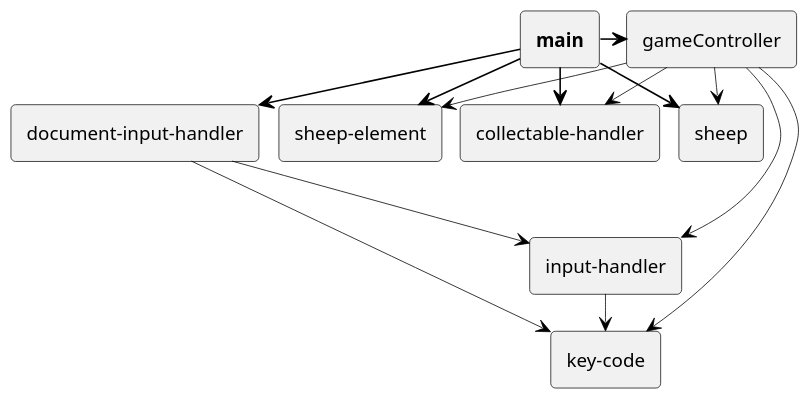
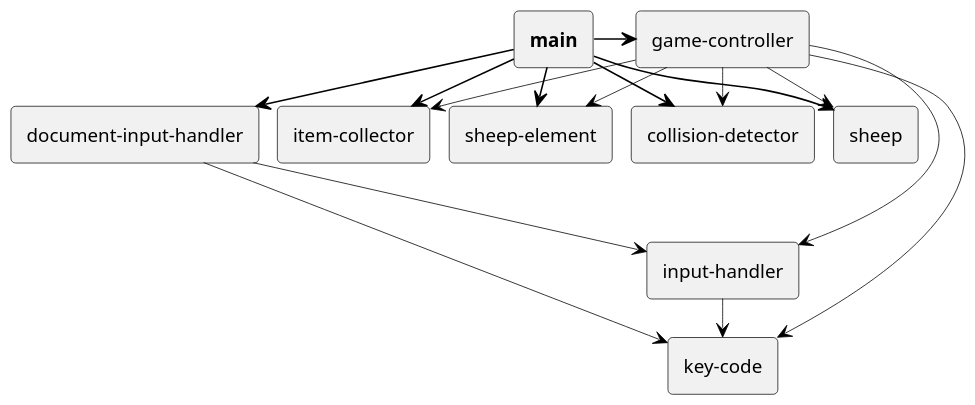
One commit to scipper/das-kleine-schaf changed the diagram in architecture/arkit.puml. Above: the diagram before and after it, drawn with PlantUML. The commit also changed 6 other files, not shown here.

```diff
--- a/architecture/arkit.puml
+++ b/architecture/arkit.puml
@@ -1,58 +1,61 @@
 @startuml
 
 scale max 1920 width
 top to bottom direction
 
 skinparam nodesep 12
-skinparam ranksep 24
+skinparam ranksep 25
 skinparam monochrome true
 skinparam shadowing false
 skinparam defaultFontName Tahoma
 skinparam defaultFontSize 12
 skinparam roundCorner 6
 skinparam dpi 150
 skinparam arrowColor black
 skinparam arrowThickness 0.5
 skinparam packageTitleAlignment left
 
 ' oval
 skinparam usecase {
   borderThickness 0.5
 }
 
 ' rectangle
 skinparam rectangle {
   borderThickness 0.5
 }
 
 ' component
 skinparam component {
   borderThickness 1
 }
 
 
-rectangle "collectable-handler" as _collectable_handler
+rectangle "collision-detector" as _collision_detector
 rectangle "document-input-handler" as _document_input_handler
-rectangle "gameController" as _gameController
+rectangle "game-controller" as _game_controller
 rectangle "input-handler" as _input_handler
+rectangle "item-collector" as _item_collector
 rectangle "key-code" as _key_code
 rectangle "<b>main</b>" as _main
 rectangle "sheep" as _sheep
 rectangle "sheep-element" as _sheep_element
 
 
 _document_input_handler ---> _input_handler
 _document_input_handler ---> _key_code
-_gameController --> _collectable_handler
-_gameController --> _input_handler
-_gameController --> _key_code
-_gameController --> _sheep
-_gameController --> _sheep_element
+_game_controller --> _collision_detector
+_game_controller --> _input_handler
+_game_controller --> _item_collector
+_game_controller --> _key_code
+_game_controller --> _sheep
+_game_controller --> _sheep_element
 _input_handler --> _key_code
-_main --[thickness=1]> _collectable_handler
+_main --[thickness=1]> _collision_detector
 _main --[thickness=1]> _document_input_handler
-_main -[thickness=1]> _gameController
+_main -[thickness=1]> _game_controller
+_main --[thickness=1]> _item_collector
 _main -[thickness=1]> _sheep
 _main --[thickness=1]> _sheep_element
 
 @enduml
```
